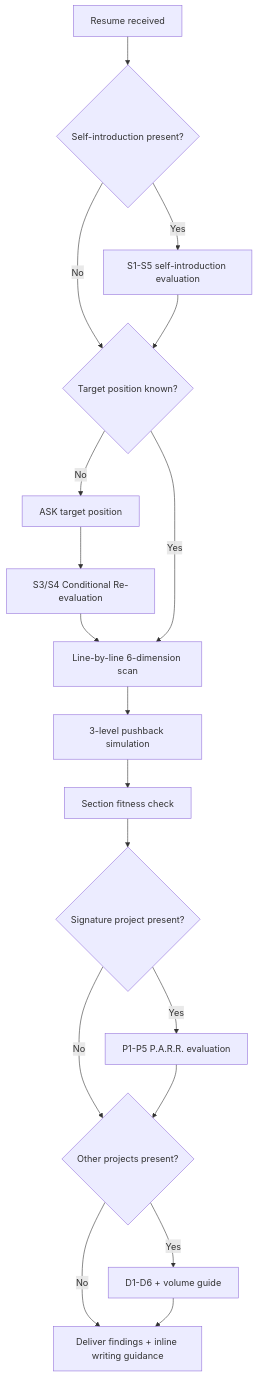
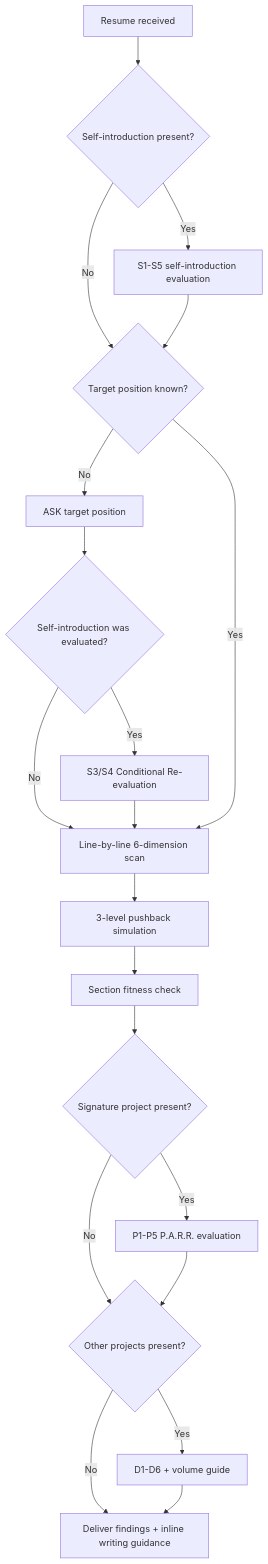
Before and after one commit to toongri/oh-my-toong-playground: the first of 3 diagrams in projects/toongri.github.io/skills/review-resume/SKILL.md, drawn with Mermaid. The commit also changed other lines of this file and 6 other files, not shown here.

````diff
--- a/projects/toongri.github.io/skills/review-resume/SKILL.md
+++ b/projects/toongri.github.io/skills/review-resume/SKILL.md
@@ -22,20 +22,22 @@
 ```mermaid
 flowchart TB
     A[Resume received] --> B{Self-introduction present?}
     B -->|Yes| C[S1-S5 self-introduction evaluation]
     B -->|No| D{Target position known?}
     C --> D
     D -->|No| E[ASK target position]
-    E --> F[S3/S4 Conditional Re-evaluation]
+    E --> F2{Self-introduction was evaluated?}
+    F2 -->|Yes| F[S3/S4 Conditional Re-evaluation]
+    F2 -->|No| G
     F --> G[Line-by-line 6-dimension scan]
     D -->|Yes| G
     G --> H[3-level pushback simulation]
     H --> I[Section fitness check]
     I --> J{Signature project present?}
     J -->|Yes| K[P1-P5 P.A.R.R. evaluation]
     J -->|No| L{Other projects present?}
     K --> L
     L -->|Yes| M[D1-D6 + volume guide]
     L -->|No| N[Deliver findings + inline writing guidance]
     M --> N
 ```
````
